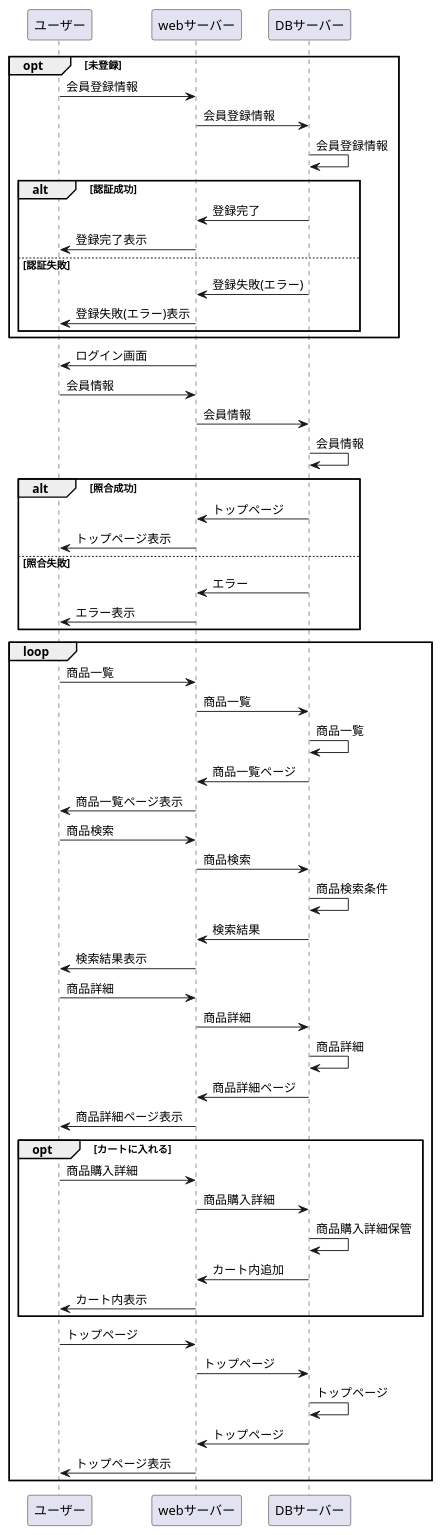
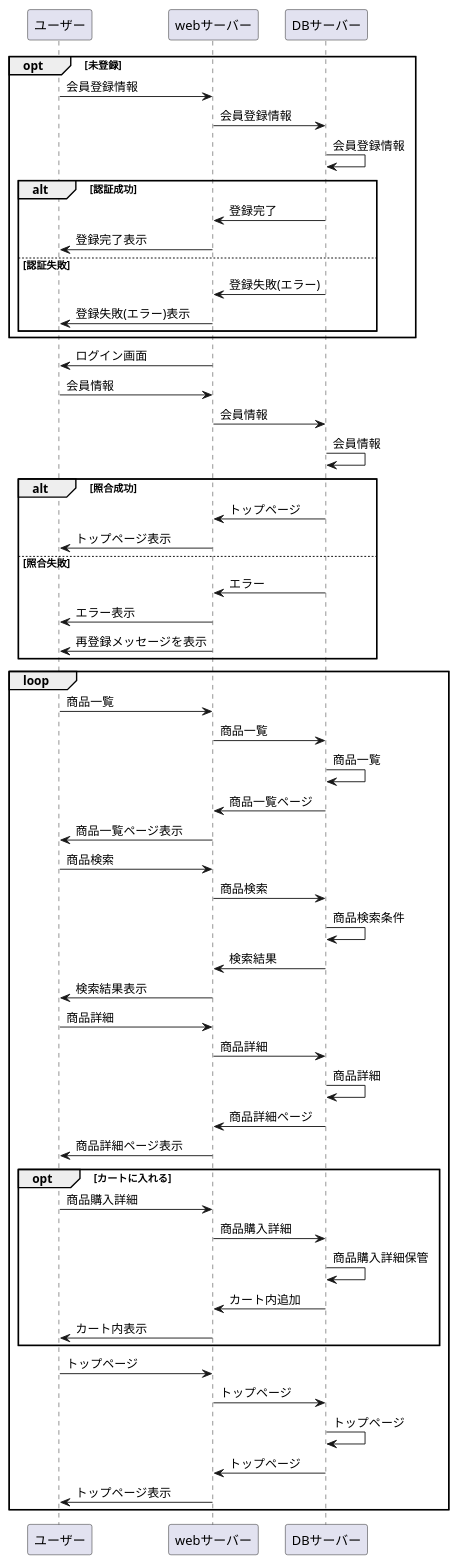
Before and after one commit to Aso2001182/2021sys-design: the diagram in kadai9.md, drawn with PlantUML.

````diff
--- a/kadai9.md
+++ b/kadai9.md
@@ -1,58 +1,59 @@
 ```uml
 @startuml
 opt 未登録
 ユーザー -> webサーバー:会員登録情報
 webサーバー -> DBサーバー:会員登録情報
 DBサーバー -> DBサーバー:会員登録情報
 alt 認証成功
 DBサーバー -> webサーバー:登録完了
 webサーバー -> ユーザー:登録完了表示
 else 認証失敗
 DBサーバー -> webサーバー:登録失敗(エラー)
 webサーバー -> ユーザー:登録失敗(エラー)表示
 end
 end
 
 webサーバー -> ユーザー:ログイン画面
 ユーザー -> webサーバー:会員情報
 webサーバー -> DBサーバー:会員情報
 DBサーバー -> DBサーバー:会員情報
 alt 照合成功
 DBサーバー -> webサーバー:トップページ
 webサーバー -> ユーザー:トップページ表示
 else 照合失敗
 DBサーバー -> webサーバー:エラー
 webサーバー -> ユーザー:エラー表示
+webサーバー -> ユーザー: 再登録メッセージを表示
 end
 
 loop
 ユーザー -> webサーバー:商品一覧
 webサーバー -> DBサーバー:商品一覧
 DBサーバー -> DBサーバー:商品一覧
 DBサーバー -> webサーバー:商品一覧ページ
 webサーバー -> ユーザー:商品一覧ページ表示
 ユーザー -> webサーバー:商品検索
 webサーバー -> DBサーバー:商品検索
 DBサーバー -> DBサーバー:商品検索条件
 DBサーバー -> webサーバー:検索結果
 webサーバー -> ユーザー:検索結果表示
 ユーザー -> webサーバー:商品詳細
 webサーバー -> DBサーバー:商品詳細
 DBサーバー -> DBサーバー:商品詳細 
 DBサーバー -> webサーバー:商品詳細ページ
 webサーバー -> ユーザー:商品詳細ページ表示
 opt カートに入れる
 ユーザー -> webサーバー:商品購入詳細
 webサーバー -> DBサーバー:商品購入詳細
 DBサーバー -> DBサーバー:商品購入詳細保管
 DBサーバー -> webサーバー:カート内追加
 webサーバー -> ユーザー:カート内表示
 end
 ユーザー -> webサーバー:トップページ
 webサーバー -> DBサーバー:トップページ
 DBサーバー -> DBサーバー:トップページ
 DBサーバー -> webサーバー:トップページ
 webサーバー -> ユーザー:トップページ表示
 end
 @enduml
 ```
````
